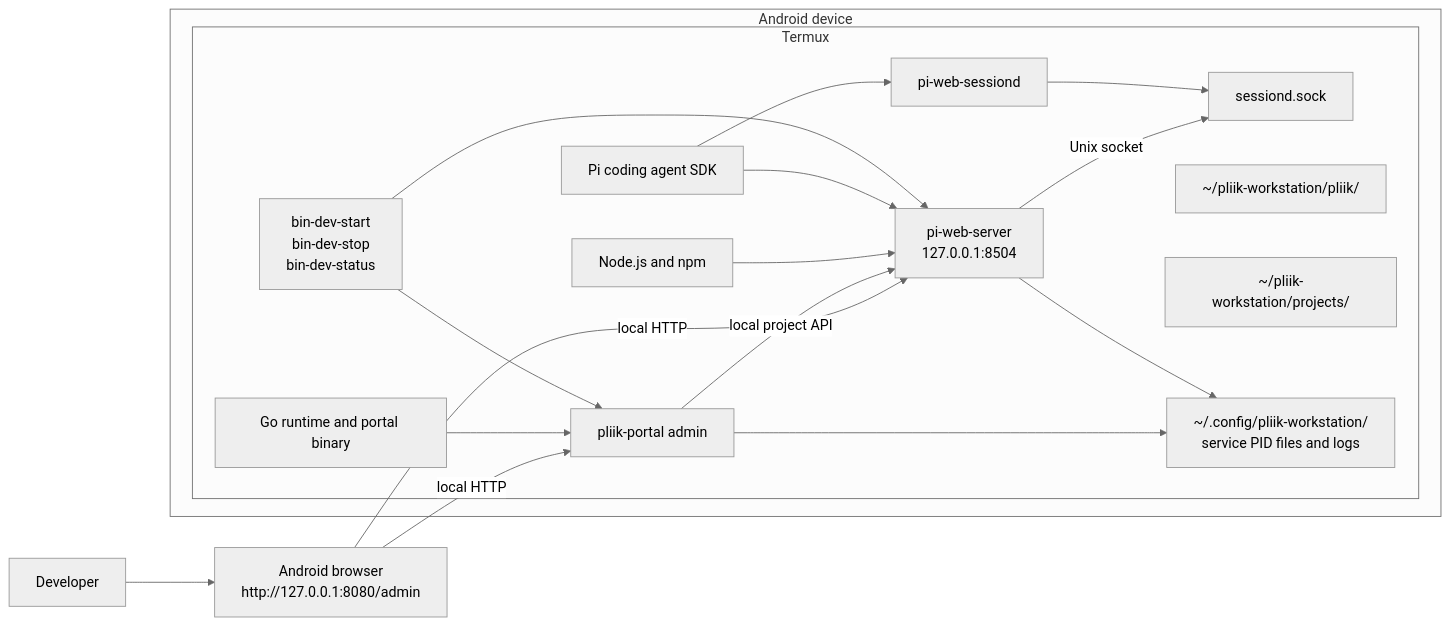
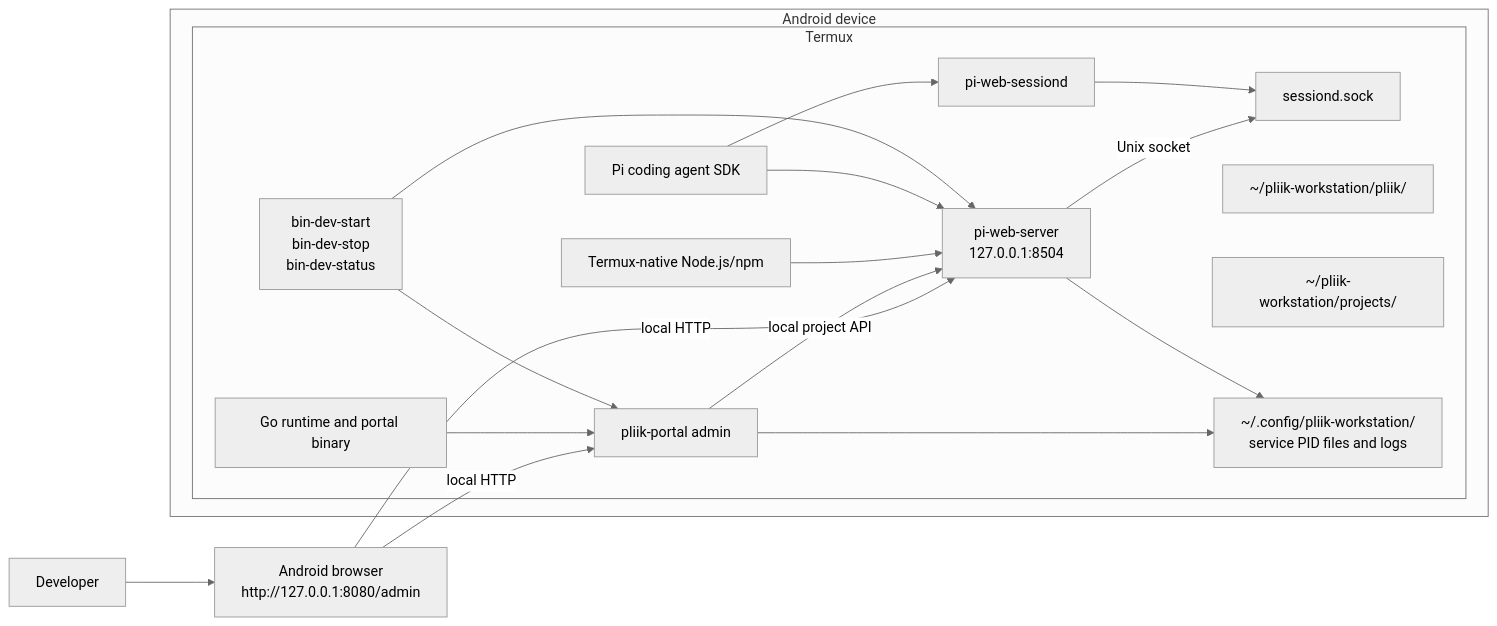
Before and after one commit to mutualendemic/pliik: the first of 2 diagrams in ARCHITECTURE.md, drawn with Mermaid (neutral theme). The commit also changed other lines of this file and 3 other files, not shown here.

````diff
--- a/ARCHITECTURE.md
+++ b/ARCHITECTURE.md
@@ -7,34 +7,34 @@
 ```mermaid
 flowchart LR
     User[Developer] --> Browser[Android browser\nhttp://127.0.0.1:8080/admin]
     Browser -->|local HTTP| Portal[pliik-portal admin]
     Browser -->|local HTTP| PiWeb[pi-web-server\n127.0.0.1:8504]
     Portal -->|local project API| PiWeb
     PiWeb -->|Unix socket| Socket[sessiond.sock]
 
     subgraph Android[Android device]
         subgraph Termux[Termux]
             PiWeb
             Portal
             SessionDaemon[pi-web-sessiond]
             Socket
-            Runtime[Node.js and npm]
+            TermuxRuntime[Termux-native Node.js/npm]
             Go[Go runtime and portal binary]
             SDK[Pi coding agent SDK]
             Repos["~/pliik-workstation/pliik/"]
             Projects["~/pliik-workstation/projects/"]
             Helpers["bin-dev-start\nbin-dev-stop\nbin-dev-status"]
             Config["~/.config/pliik-workstation/\nservice PID files and logs"]
         end
     end
 
-    Runtime --> PiWeb
+    TermuxRuntime --> PiWeb
     Go --> Portal
     SessionDaemon --> Socket
     SDK --> PiWeb
     SDK --> SessionDaemon
     Helpers --> PiWeb
     Helpers --> Portal
     Portal --> Config
     PiWeb --> Config
 ```
````
